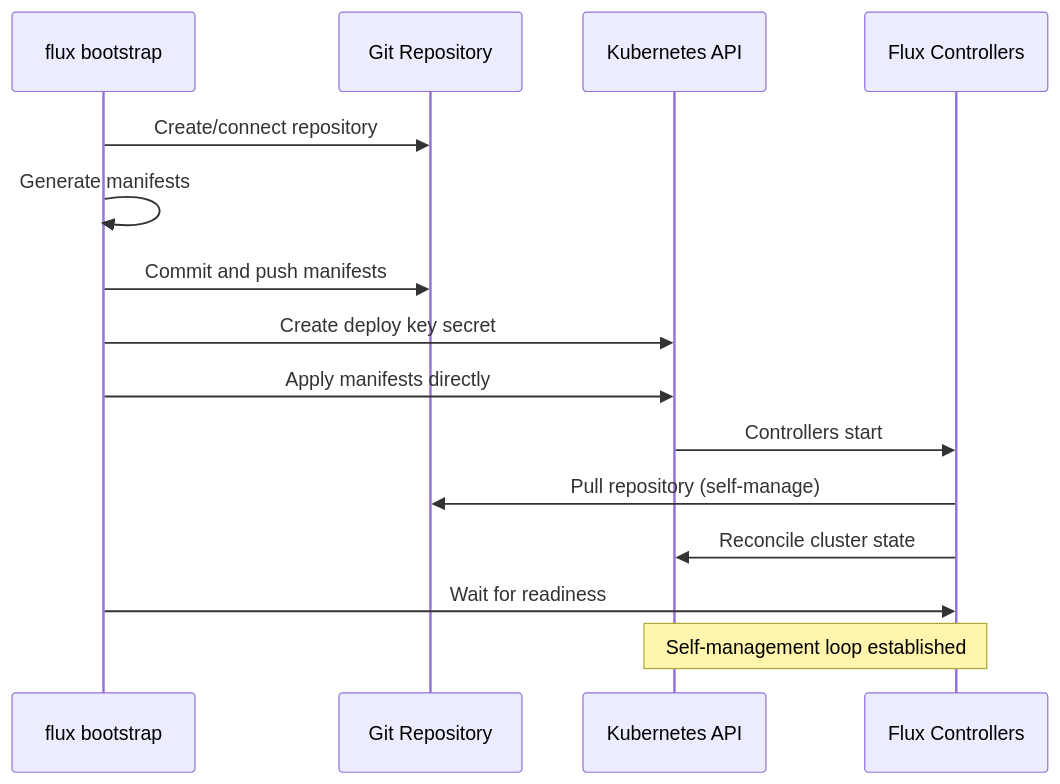
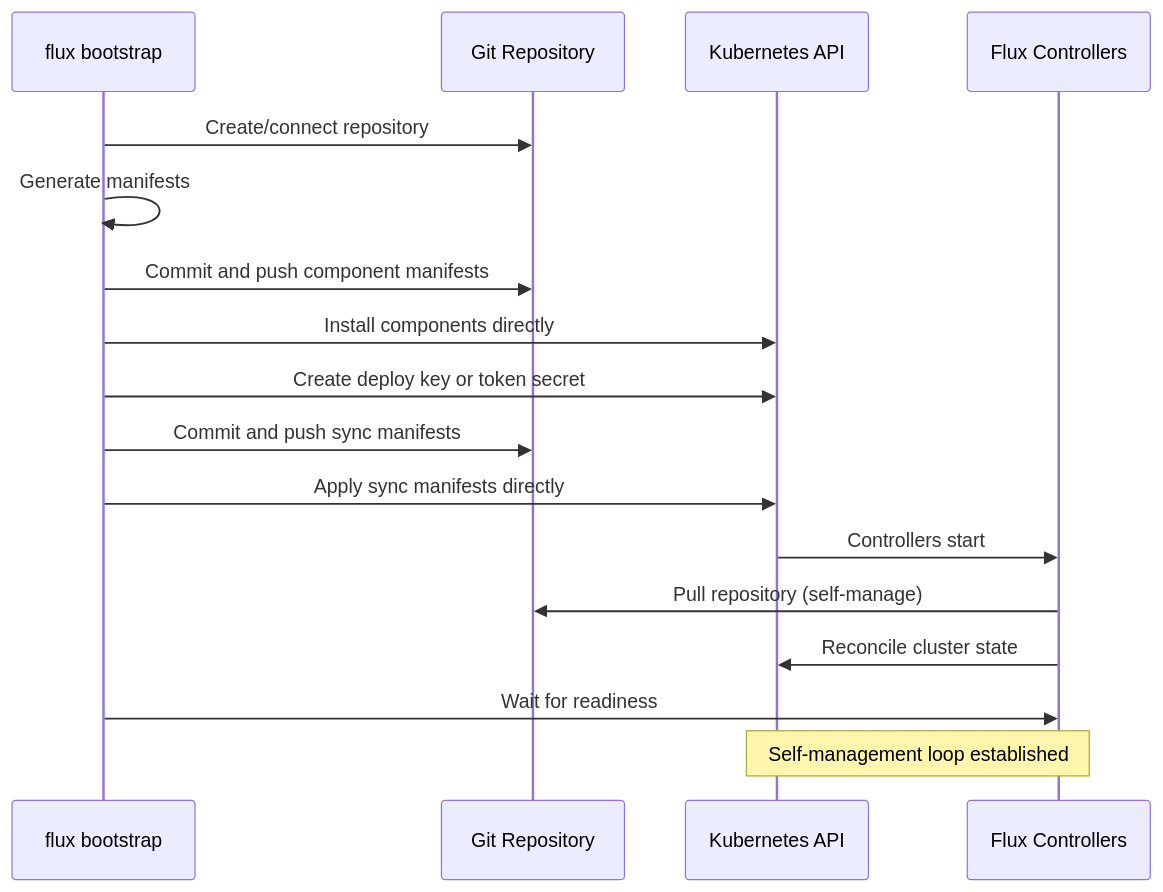
The diagram in posts/2026-03-05-flux-cd-bootstrap-process-internals/README.md (OneUptime/blog), drawn with Mermaid before and after one commit. The commit also changed other lines of this file and 2 other files, not shown here.

Commit message:
validate: 2026-03-05-flux-cd-bootstrap-process-internals

````diff
--- a/posts/2026-03-05-flux-cd-bootstrap-process-internals/README.md
+++ b/posts/2026-03-05-flux-cd-bootstrap-process-internals/README.md
@@ -117,18 +117,20 @@
 ```mermaid
 sequenceDiagram
     participant CLI as flux bootstrap
     participant Git as Git Repository
     participant K8s as Kubernetes API
     participant FC as Flux Controllers
 
     CLI->>Git: Create/connect repository
     CLI->>CLI: Generate manifests
-    CLI->>Git: Commit and push manifests
-    CLI->>K8s: Create deploy key secret
-    CLI->>K8s: Apply manifests directly
+    CLI->>Git: Commit and push component manifests
+    CLI->>K8s: Install components directly
+    CLI->>K8s: Create deploy key or token secret
+    CLI->>Git: Commit and push sync manifests
+    CLI->>K8s: Apply sync manifests directly
     K8s->>FC: Controllers start
     FC->>Git: Pull repository (self-manage)
     FC->>K8s: Reconcile cluster state
     CLI->>FC: Wait for readiness
     Note over FC,K8s: Self-management loop established
 ```
````
